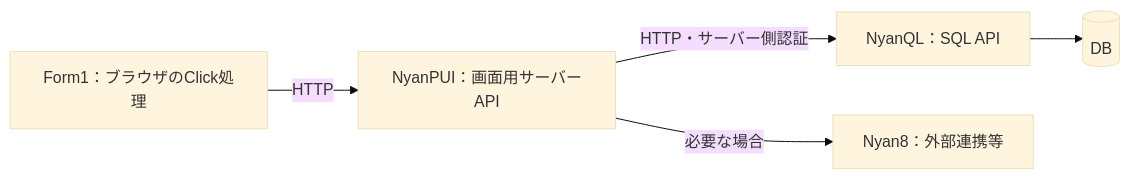
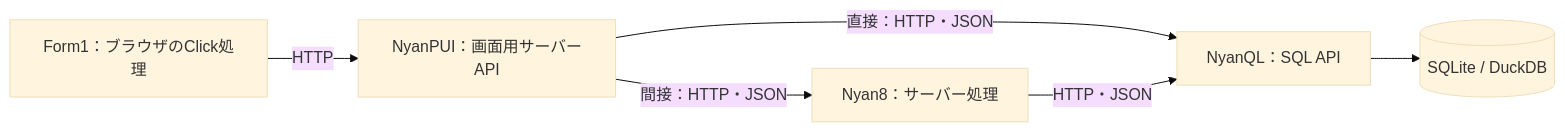
Before and after one commit to kosaru/NyanRAD: the diagram in planning/requests/DR-NYANRAD-001/vb6-nyan-mapping.md, drawn with Mermaid (base theme). The commit also changed other lines of this file, not shown here.

Commit message:
docs: record NyanRAD connectivity and embedded database direction

````diff
--- a/planning/requests/DR-NYANRAD-001/vb6-nyan-mapping.md
+++ b/planning/requests/DR-NYANRAD-001/vb6-nyan-mapping.md
@@ -176,7 +187,8 @@
 ```mermaid
 flowchart LR
   A["Form1：ブラウザのClick処理"] -->|HTTP| B["NyanPUI：画面用サーバーAPI"]
-  B -->|HTTP・サーバー側認証| C["NyanQL：SQL API"]
-  C --> D[("DB")]
-  B -->|必要な場合| E["Nyan8：外部連携等"]
+  B -->|直接：HTTP・JSON| C["NyanQL：SQL API"]
+  B -->|間接：HTTP・JSON| E["Nyan8：サーバー処理"]
+  E -->|HTTP・JSON| C
+  C --> D[("SQLite / DuckDB")]
 ```
````
